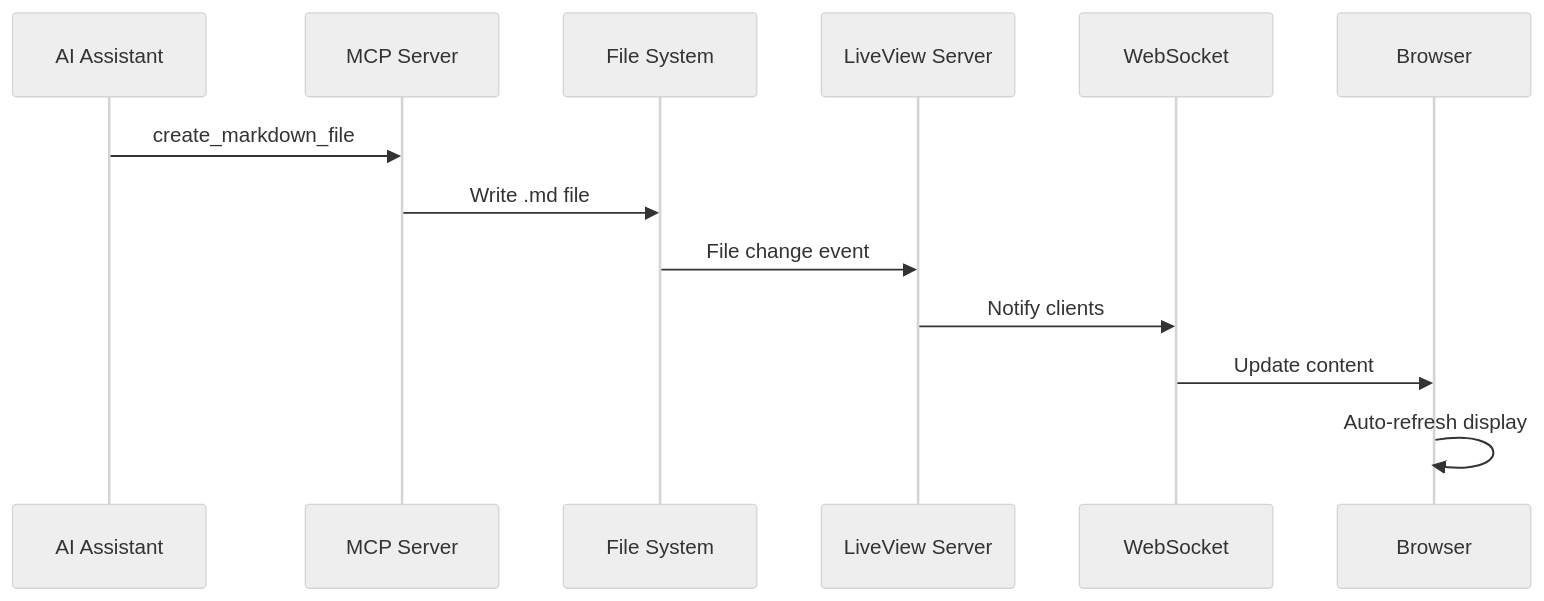
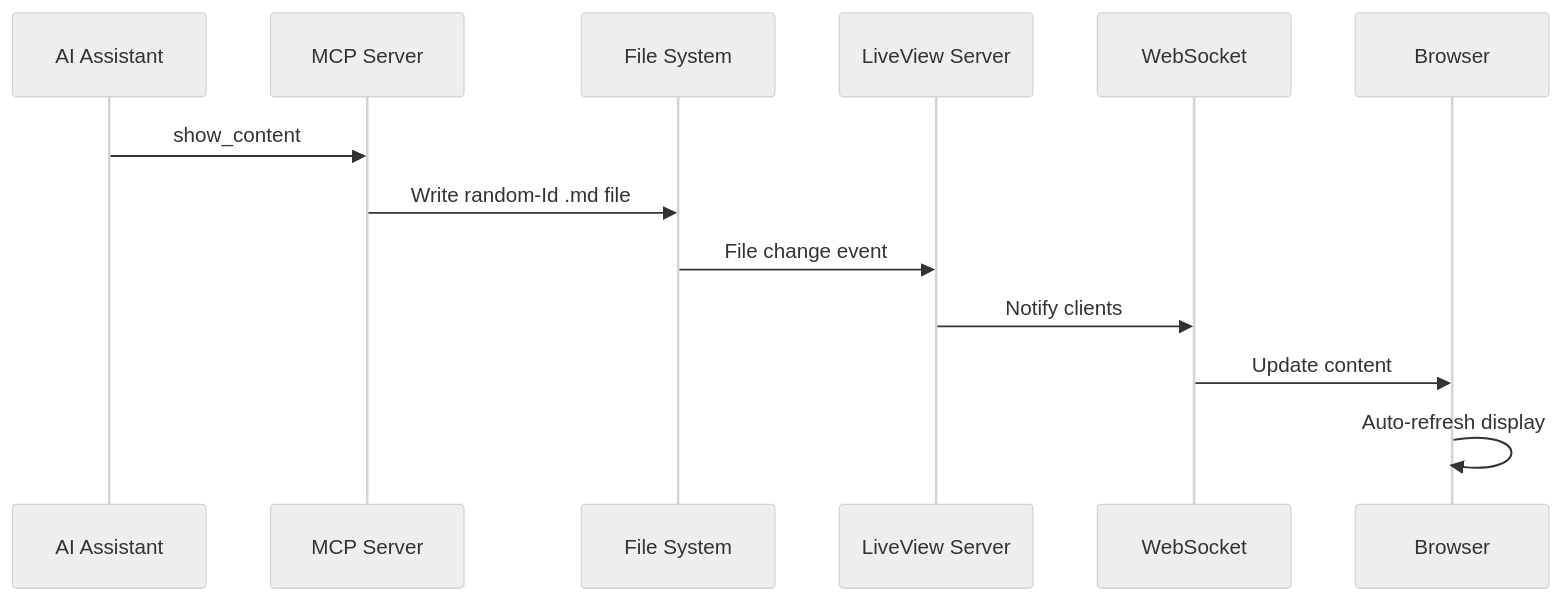
Before and after one commit to asynkron/Asynkron.LiveView: the diagram in MCP_INTEGRATION.md, drawn with Mermaid (neutral theme). The commit also changed other lines of this file and 6 other files, not shown here.

````diff
--- a/MCP_INTEGRATION.md
+++ b/MCP_INTEGRATION.md
@@ -117,16 +88,16 @@
 ```mermaid
 sequenceDiagram
     participant AI as AI Assistant
     participant MCP as MCP Server
     participant FS as File System
     participant LV as LiveView Server
     participant WS as WebSocket
     participant Browser as Browser
 
-    AI->>MCP: create_markdown_file
-    MCP->>FS: Write .md file
+    AI->>MCP: show_content
+    MCP->>FS: Write random-Id .md file
     FS->>LV: File change event
     LV->>WS: Notify clients
     WS->>Browser: Update content
     Browser->>Browser: Auto-refresh display
 ```
````
